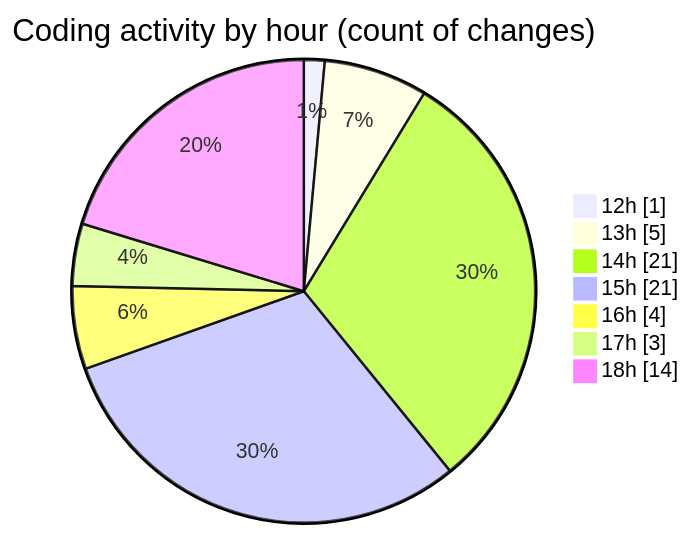
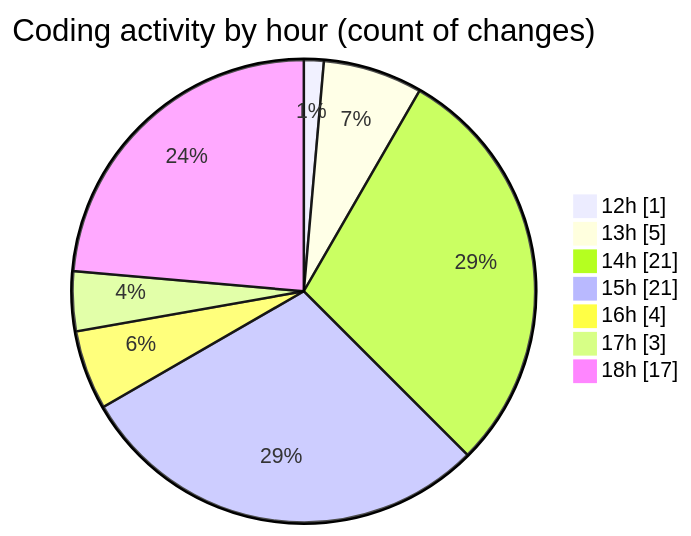
The second of 2 diagrams in 2025-03-10/cda/README.md (momahboobian/code-tracking), drawn with Mermaid before and after one commit. The commit also changed other lines of this file and 1 other file, not shown here.

````diff
--- a/2025-03-10/cda/README.md
+++ b/2025-03-10/cda/README.md
@@ -57,11 +57,11 @@
 ```mermaid
 pie showData
 title Coding activity by hour (count of changes)
 "12h" : 1
 "13h" : 5
 "14h" : 21
 "15h" : 21
 "16h" : 4
 "17h" : 3
-"18h" : 14
+"18h" : 17
 ```
````
